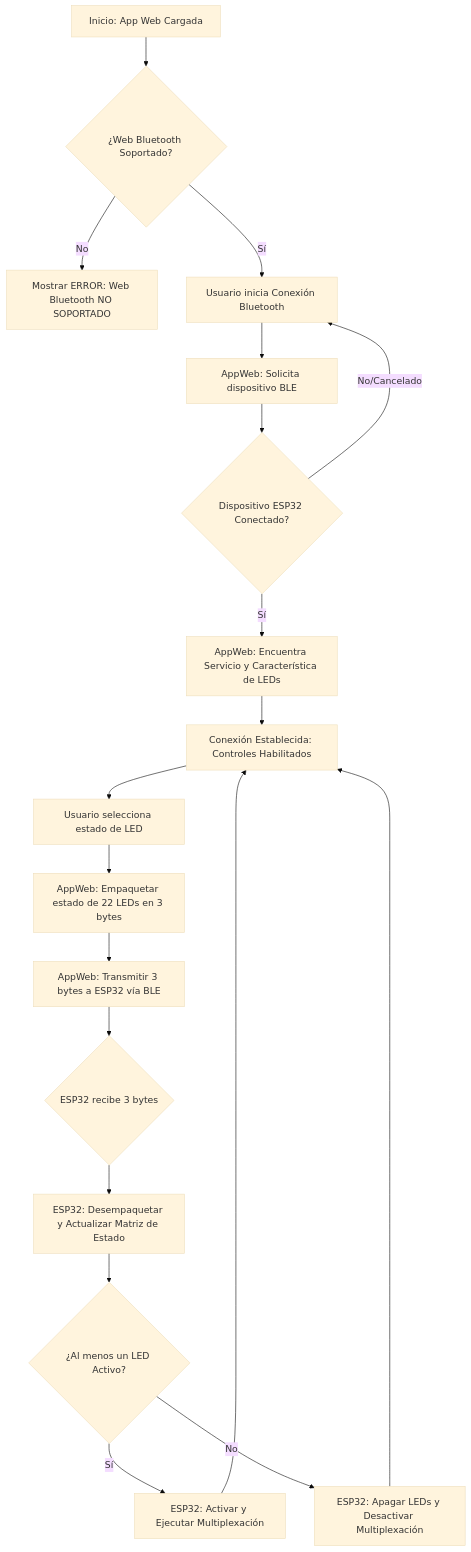
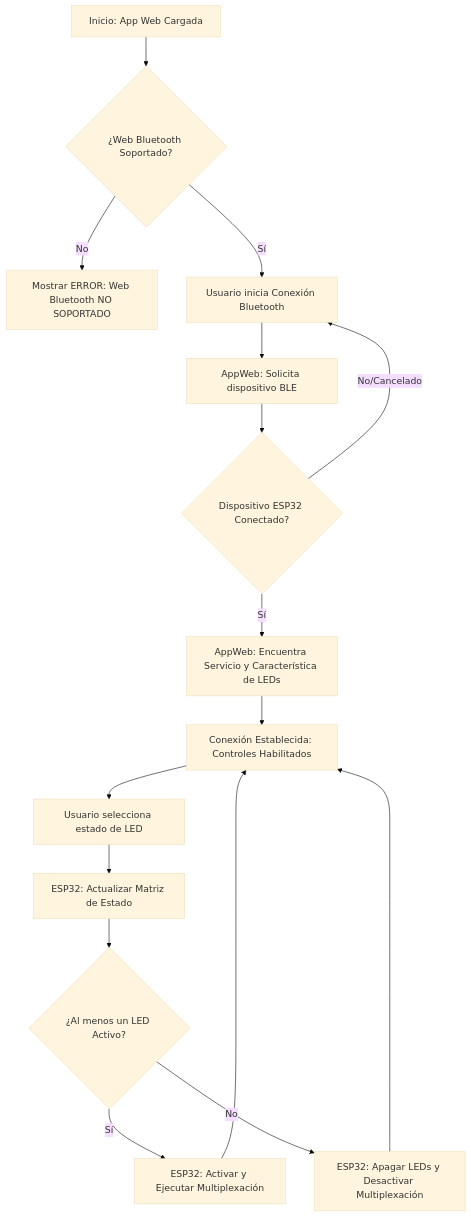
One commit to proyectoitsv/2025_SolarWAY changed the diagram in Diagramas/Diagrama_de_flujo.mmd. Above: the diagram before and after it, drawn with Mermaid (base theme).

```diff
--- a/Diagramas/Diagrama_de_flujo.mmd
+++ b/Diagramas/Diagrama_de_flujo.mmd
@@ -1,27 +1,24 @@
 flowchart TD
     A[Inicio: App Web Cargada] --> B{¿Web Bluetooth Soportado?};
 
     B -- No --> C[Mostrar ERROR: Web Bluetooth NO SOPORTADO];
     B -- Sí --> D[Usuario inicia Conexión Bluetooth];
 
     D --> E[AppWeb: Solicita dispositivo BLE];
     E --> F{Dispositivo ESP32 Conectado?};
 
     F -- No/Cancelado --> D;
     F -- Sí --> G[AppWeb: Encuentra Servicio y Característica de LEDs];
 
     G --> H[Conexión Establecida: Controles Habilitados];
 
     H --> I[Usuario selecciona estado de LED];
-    I --> J[AppWeb: Empaquetar estado de 22 LEDs en 3 bytes];
-    J --> K[AppWeb: Transmitir 3 bytes a ESP32 vía BLE];
-
-    K --> L{ESP32 recibe 3 bytes};
-    L --> M[ESP32: Desempaquetar y Actualizar Matriz de Estado];
+    
+    I --> M[ESP32: Actualizar Matriz de Estado];
     M --> N{¿Al menos un LED Activo?};
 
     N -- Sí --> O[ESP32: Activar y Ejecutar Multiplexación];
     N -- No --> P[ESP32: Apagar LEDs y Desactivar Multiplexación];
 
     O --> H;
     P --> H;
```
